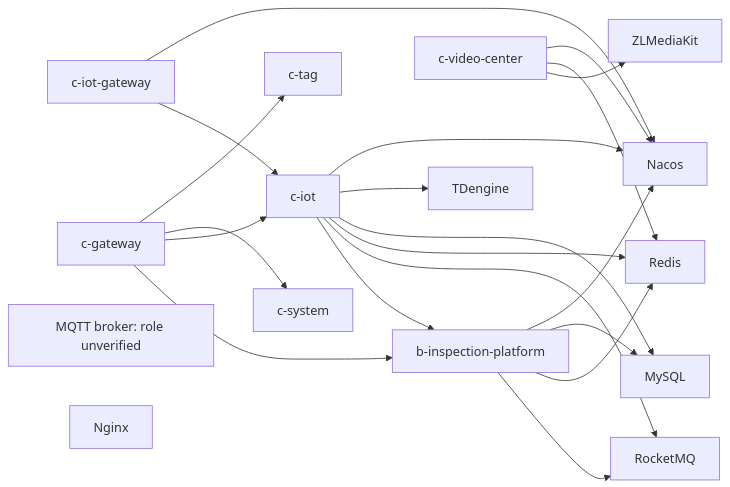
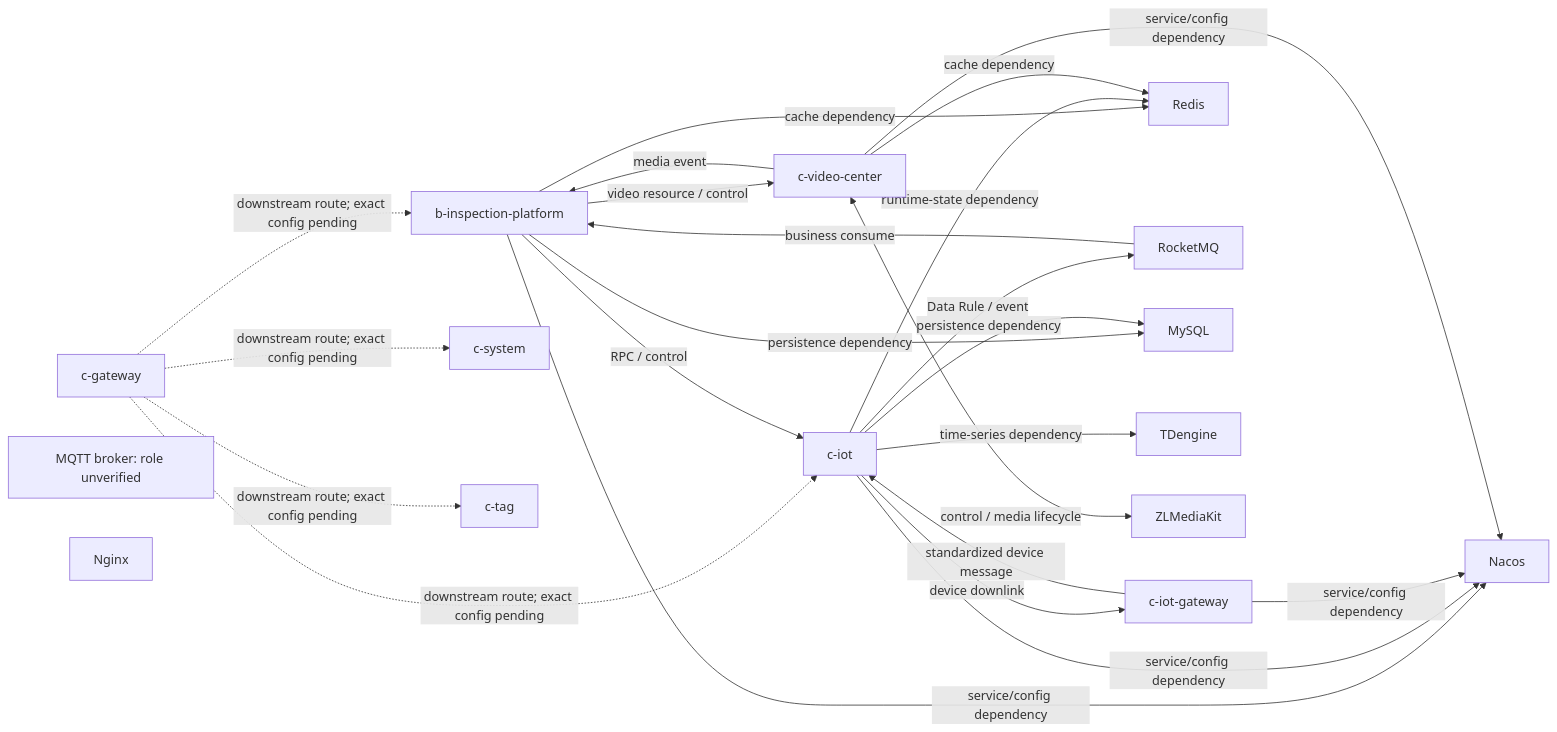
The diagram in products/company/device-inspection-platform/runtime/deployment-architecture.md (cnxutu/tu-engineering-workbench), drawn with Mermaid before and after one commit. The commit also changed other lines of this file and 3 other files, not shown here.

````diff
--- a/products/company/device-inspection-platform/runtime/deployment-architecture.md
+++ b/products/company/device-inspection-platform/runtime/deployment-architecture.md
@@ -40,39 +40,42 @@
 ```mermaid
 flowchart LR
     EDGE[c-gateway]
     INSPECTION[b-inspection-platform]
     IOT[c-iot]
     IOT_GATEWAY[c-iot-gateway]
     VIDEO[c-video-center]
     SYSTEM[c-system]
     TAG[c-tag]
 
     NACOS[Nacos]
     REDIS[Redis]
     ROCKETMQ[RocketMQ]
     MYSQL[MySQL]
     TDENGINE[TDengine]
     ZLM[ZLMediaKit]
     MQTT[MQTT broker: role unverified]
     NGINX[Nginx]
 
-    EDGE --> INSPECTION
-    EDGE --> IOT
-    EDGE --> SYSTEM
-    EDGE --> TAG
-    IOT_GATEWAY --> IOT
-    IOT --> INSPECTION
-    VIDEO --> ZLM
-    INSPECTION --> ROCKETMQ
-    IOT --> ROCKETMQ
-    INSPECTION --> REDIS
-    IOT --> REDIS
-    VIDEO --> REDIS
-    INSPECTION --> MYSQL
-    IOT --> MYSQL
-    IOT --> TDENGINE
-    INSPECTION --> NACOS
-    IOT --> NACOS
-    IOT_GATEWAY --> NACOS
-    VIDEO --> NACOS
+    EDGE -.->|downstream route; exact config pending| INSPECTION
+    EDGE -.->|downstream route; exact config pending| IOT
+    EDGE -.->|downstream route; exact config pending| SYSTEM
+    EDGE -.->|downstream route; exact config pending| TAG
+    IOT_GATEWAY -->|standardized device message| IOT
+    IOT -->|Data Rule / event| ROCKETMQ
+    ROCKETMQ -->|business consume| INSPECTION
+    INSPECTION -->|RPC / control| IOT
+    IOT -->|device downlink| IOT_GATEWAY
+    INSPECTION -->|video resource / control| VIDEO
+    VIDEO -->|media event| INSPECTION
+    VIDEO <-->|control / media lifecycle| ZLM
+    INSPECTION -->|cache dependency| REDIS
+    IOT -->|runtime-state dependency| REDIS
+    VIDEO -->|cache dependency| REDIS
+    INSPECTION -->|persistence dependency| MYSQL
+    IOT -->|persistence dependency| MYSQL
+    IOT -->|time-series dependency| TDENGINE
+    INSPECTION -->|service/config dependency| NACOS
+    IOT -->|service/config dependency| NACOS
+    IOT_GATEWAY -->|service/config dependency| NACOS
+    VIDEO -->|service/config dependency| NACOS
 ```
````
